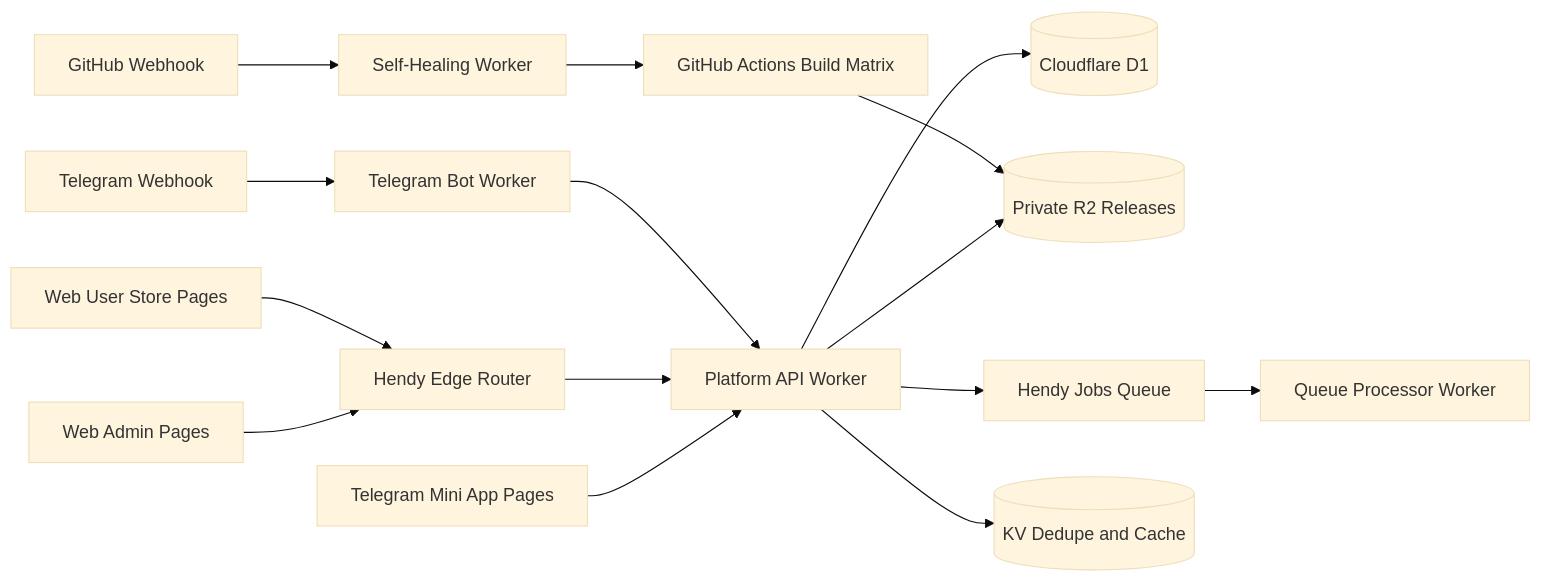
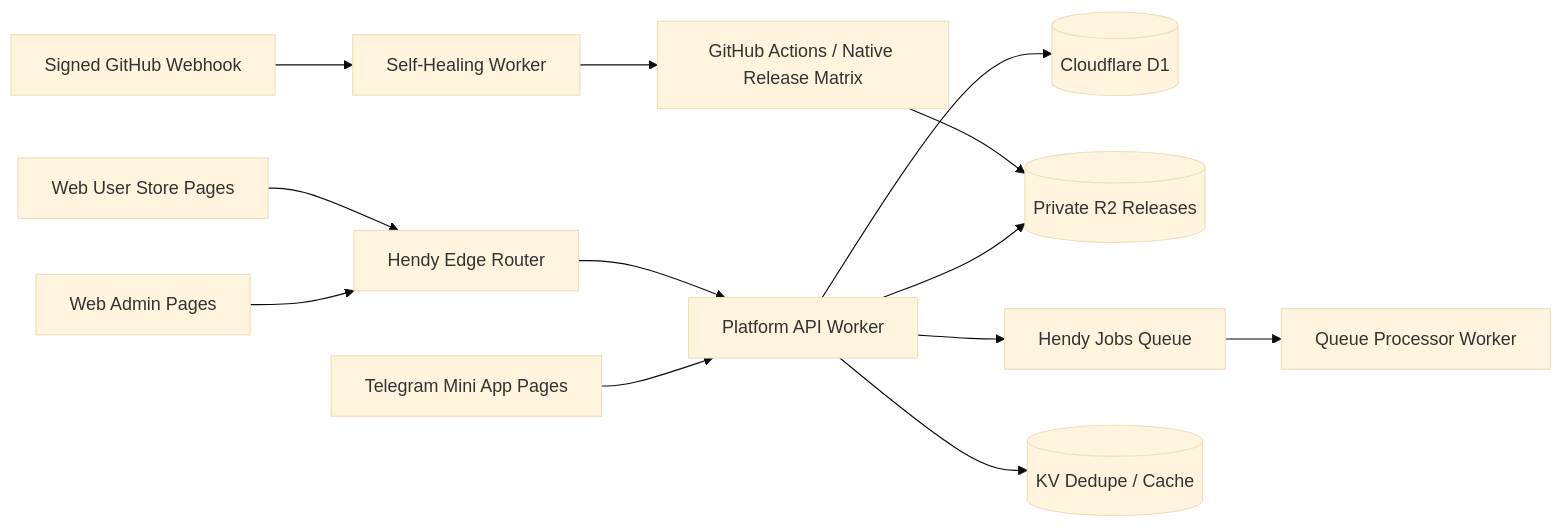
Before and after one commit to ngogiaidy56-eng/HendyAppStoreBotTelegram: the diagram in docs/ARCHITECTURE.md, drawn with Mermaid (base theme). The commit also changed other lines of this file and 54 other files, not shown here.

Commit message:
refactor: remove Telegram Bot Worker and webhook, retain Mini App authentication

````diff
--- a/docs/ARCHITECTURE.md
+++ b/docs/ARCHITECTURE.md
@@ -7,17 +9,15 @@
 ```mermaid
 flowchart LR
- Admin[Web Admin Pages] --> Edge[Hendy Edge Router]
- Store[Web User Store Pages] --> Edge
- Mini[Telegram Mini App Pages] --> API[Platform API Worker]
- Edge --> API
- API --> D1[(Cloudflare D1)]
- API --> R2[(Private R2 Releases)]
- API --> Q[Hendy Jobs Queue]
- Q --> Queue[Queue Processor Worker]
- Bot[Telegram Webhook] --> Telegram[Telegram Bot Worker]
- Telegram --> API
- GH[GitHub Actions Build Matrix] --> R2
- Heal[GitHub Webhook] --> Self[Self-Healing Worker]
- Self --> GH
- API --> KV[(KV Dedupe and Cache)]
+  Admin[Web Admin Pages] --> Edge[Hendy Edge Router]
+  Store[Web User Store Pages] --> Edge
+  Mini[Telegram Mini App Pages] --> API[Platform API Worker]
+  Edge --> API
+  API --> D1[(Cloudflare D1)]
+  API --> R2[(Private R2 Releases)]
+  API --> Q[Hendy Jobs Queue]
+  Q --> Queue[Queue Processor Worker]
+  GH[GitHub Actions / Native Release Matrix] --> R2
+  Heal[Signed GitHub Webhook] --> Self[Self-Healing Worker]
+  Self --> GH
+  API --> KV[(KV Dedupe / Cache)]
 ```
````
